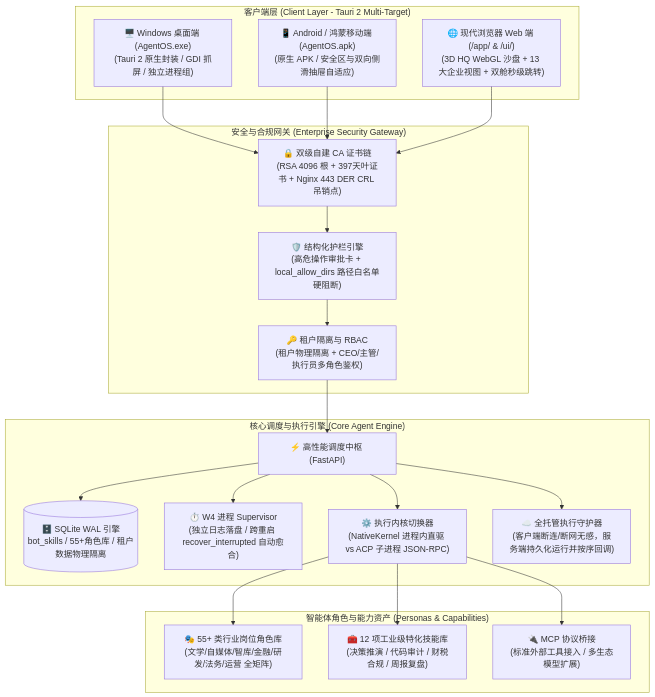
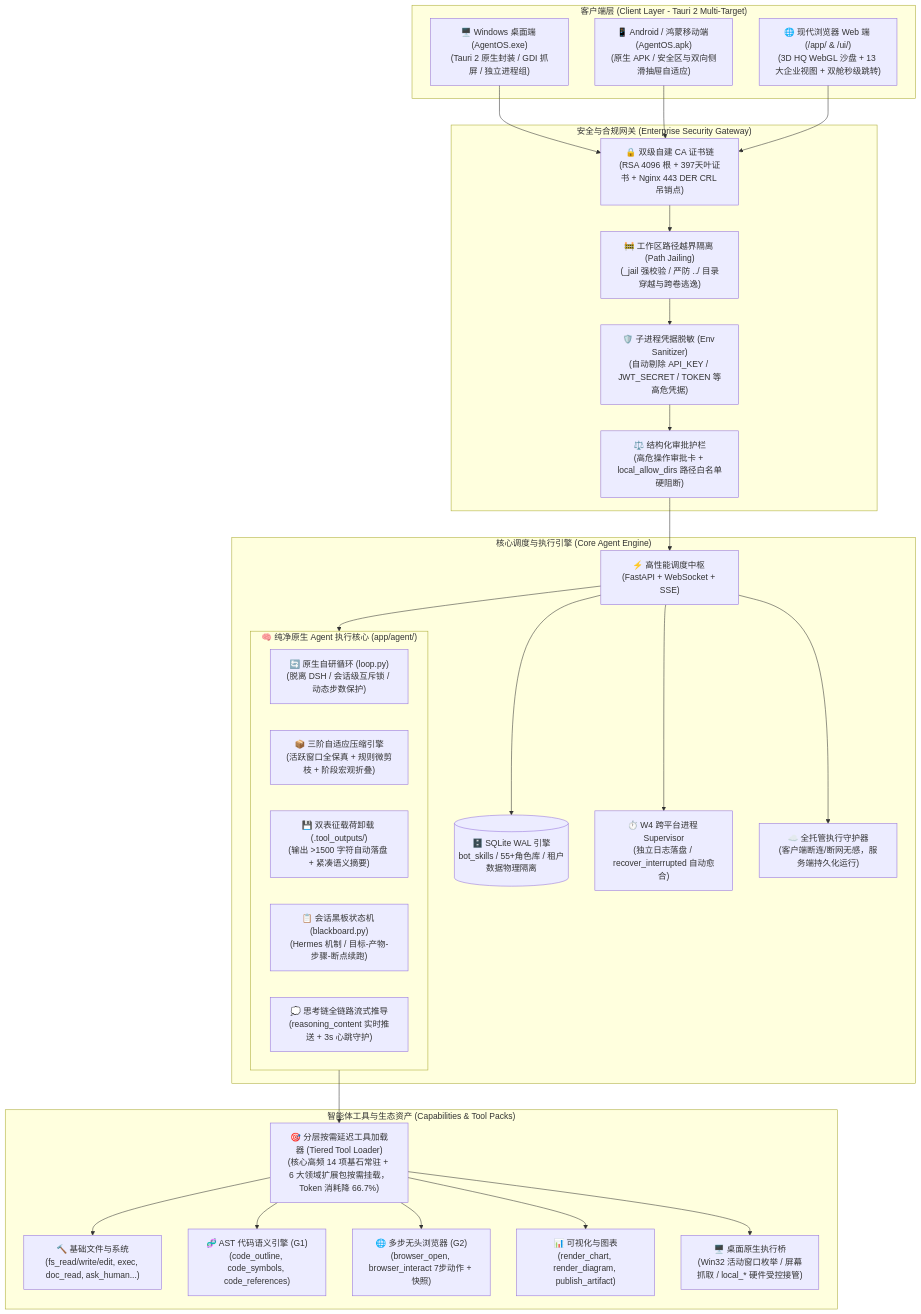
Before and after one commit to julingwu/agent-OS: the second of 2 diagrams in README.md, drawn with Mermaid. The commit also changed other lines of this file, not shown here.

Commit message:
docs: update README with comprehensive agent core architecture and capabilities

````diff
--- a/README.md
+++ b/README.md
@@ -139,42 +150,57 @@
 ```mermaid
 flowchart TB
     subgraph ClientLayer ["客户端层 (Client Layer - Tauri 2 Multi-Target)"]
         WinClient["🖥️ Windows 桌面端 (AgentOS.exe)<br/>(Tauri 2 原生封装 / GDI 抓屏 / 独立进程组)"]
         WebClient["🌐 现代浏览器 Web 端 (/app/ & /ui/)<br/>(3D HQ WebGL 沙盘 + 13 大企业视图 + 双舱秒级跳转)"]
         MobileClient["📱 Android / 鸿蒙移动端 (AgentOS.apk)<br/>(原生 APK / 安全区与双向侧滑抽屉自适应)"]
     end
 
     subgraph SecurityLayer ["安全与合规网关 (Enterprise Security Gateway)"]
         TLS["🔒 双级自建 CA 证书链<br/>(RSA 4096 根 + 397天叶证书 + Nginx 443 DER CRL 吊销点)"]
-        Guardrails["🛡️ 结构化护栏引擎<br/>(高危操作审批卡 + local_allow_dirs 路径白名单硬阻断)"]
-        AuthRBAC["🔑 租户隔离与 RBAC<br/>(租户物理隔离 + CEO/主管/执行员多角色鉴权)"]
+        PathJail["🚧 工作区路径越界隔离 (Path Jailing)<br/>(_jail 强校验 / 严防 ../ 目录穿越与跨卷逃逸)"]
+        EnvSanitize["🛡️ 子进程凭据脱敏 (Env Sanitizer)<br/>(自动剔除 API_KEY / JWT_SECRET / TOKEN 等高危凭据)"]
+        Guardrails["⚖️ 结构化审批护栏<br/>(高危操作审批卡 + local_allow_dirs 路径白名单硬阻断)"]
     end
 
     subgraph CoreEngine ["核心调度与执行引擎 (Core Agent Engine)"]
-        FastAPI["⚡ 高性能调度中枢 (FastAPI)"]
+        FastAPI["⚡ 高性能调度中枢 (FastAPI + WebSocket + SSE)"]
         DB[(🗄️ SQLite WAL 引擎<br/>bot_skills / 55+角色库 / 租户数据物理隔离)]
-        Supervisor["⏱️ W4 进程 Supervisor<br/>(独立日志落盘 / 跨重启 recover_interrupted 自动愈合)"]
-        DualKernel["⚙️ 执行内核切换器<br/>(NativeKernel 进程内直驱 vs ACP 子进程 JSON-RPC)"]
-        CloudPersist["☁️ 全托管执行守护器<br/>(客户端断连/断网无感，服务端持久化运行并按序回调)"]
+
+        subgraph NativeAgentCore ["🧠 纯净原生 Agent 执行核心 (app/agent/)"]
+            Loop["🔄 原生自研循环 (loop.py)<br/>(脱离 DSH / 会话级互斥锁 / 动态步数保护)"]
+            Compactor["📦 三阶自适应压缩引擎<br/>(活跃窗口全保真 + 规则微剪枝 + 阶段宏观折叠)"]
+            Offloader["💾 双表征载荷卸载 (.tool_outputs/)<br/>(输出 >1500 字符自动落盘 + 紧凑语义摘要)"]
+            Blackboard["📋 会话黑板状态机 (blackboard.py)<br/>(Hermes 机制 / 目标-产物-步骤-断点续跑)"]
+            ThoughtStreamer["💭 思考链全链路流式推导<br/>(reasoning_content 实时推送 + 3s 心跳守护)"]
+        end
+
+        Supervisor["⏱️ W4 跨平台进程 Supervisor<br/>(独立日志落盘 / recover_interrupted 自动愈合)"]
+        CloudPersist["☁️ 全托管执行守护器<br/>(客户端断连/断网无感，服务端持久化运行)"]
     end
 
-    subgraph CapabilityLayer ["智能体角色与能力资产 (Personas & Capabilities)"]
-        Roles["🎭 55+ 类行业岗位角色库<br/>(文学/自媒体/智库/金融/研发/法务/运营 全矩阵)"]
-        Skills["🧰 12 项工业级特化技能库<br/>(决策推演 / 代码审计 / 财税合规 / 周报复盘)"]
-        MCPBridge["🔌 MCP 协议桥接<br/>(标准外部工具接入 / 多生态模型扩展)"]
+    subgraph CapabilityLayer ["智能体工具与生态资产 (Capabilities & Tool Packs)"]
+        TieredLoader["🎯 分层按需延迟工具加载器 (Tiered Tool Loader)<br/>(核心高频 14 项基石常驻 + 6 大领域扩展包按需挂载，Token 消耗降 66.7%)"]
+        CoreTools["🔨 基础文件与系统<br/>(fs_read/write/edit, exec, doc_read, ask_human...)"]
+        CodeAST["🧬 AST 代码语义引擎 (G1)<br/>(code_outline, code_symbols, code_references)"]
+        BrowserSuite["🌐 多步无头浏览器 (G2)<br/>(browser_open, browser_interact 7步动作 + 快照)"]
+        VisualSuite["📊 可视化与图表<br/>(render_chart, render_diagram, publish_artifact)"]
+        DesktopBridge["🖥️ 桌面原生执行桥<br/>(Win32 活动窗口枚举 / 屏幕抓取 / local_* 硬件受控接管)"]
     end
 
     WinClient --> TLS
     MobileClient --> TLS
     WebClient --> TLS
-    TLS --> Guardrails --> AuthRBAC --> FastAPI
+    TLS --> PathJail --> EnvSanitize --> Guardrails --> FastAPI
 
     FastAPI --> DB
     FastAPI --> Supervisor
     FastAPI --> CloudPersist
-    FastAPI --> DualKernel
+    FastAPI --> NativeAgentCore
 
-    DualKernel --> Roles
-    DualKernel --> Skills
-    DualKernel --> MCPBridge
+    NativeAgentCore --> TieredLoader
+    TieredLoader --> CoreTools
+    TieredLoader --> CodeAST
+    TieredLoader --> BrowserSuite
+    TieredLoader --> VisualSuite
+    TieredLoader --> DesktopBridge
 ```
````
